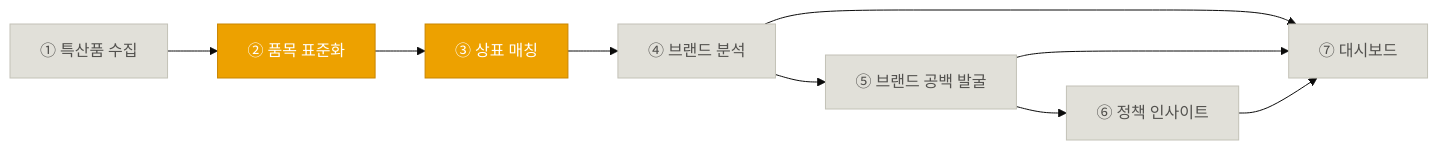
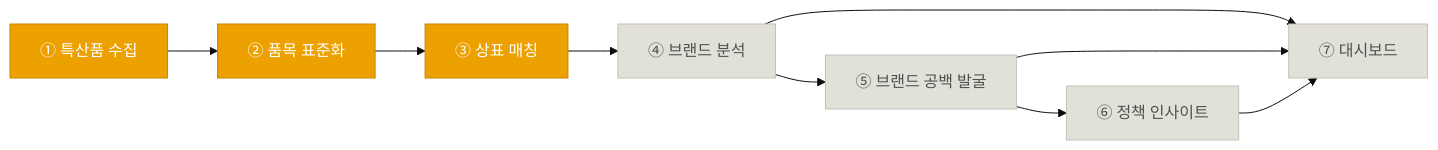
Before and after one commit to omelette-archive/KIIP: the diagram in README.md, drawn with Mermaid (base theme). The commit also changed other lines of this file and 15 other files, not shown here.

````diff
--- a/README.md
+++ b/README.md
@@ -9,22 +9,22 @@
 ```mermaid
 flowchart LR
     P1["① 특산품 수집"] --> P2["② 품목 표준화"]
     P2 --> P3["③ 상표 매칭"]
     P3 --> P4["④ 브랜드 분석"]
     P4 --> P5["⑤ 브랜드 공백 발굴"]
     P5 --> P6["⑥ 정책 인사이트"]
     P4 --> P7["⑦ 대시보드"]
     P5 --> P7
     P6 --> P7
 
     classDef done fill:#1baf7a,stroke:#199e70,color:#fff
     classDef partial fill:#eda100,stroke:#c98500,color:#fff
     classDef todo fill:#e1e0d9,stroke:#c3c2b7,color:#52514e
-    class P1 todo
+    class P1 partial
     class P2 partial
     class P3 partial
     class P4 todo
     class P5 todo
     class P6 todo
     class P7 todo
 ```
````
